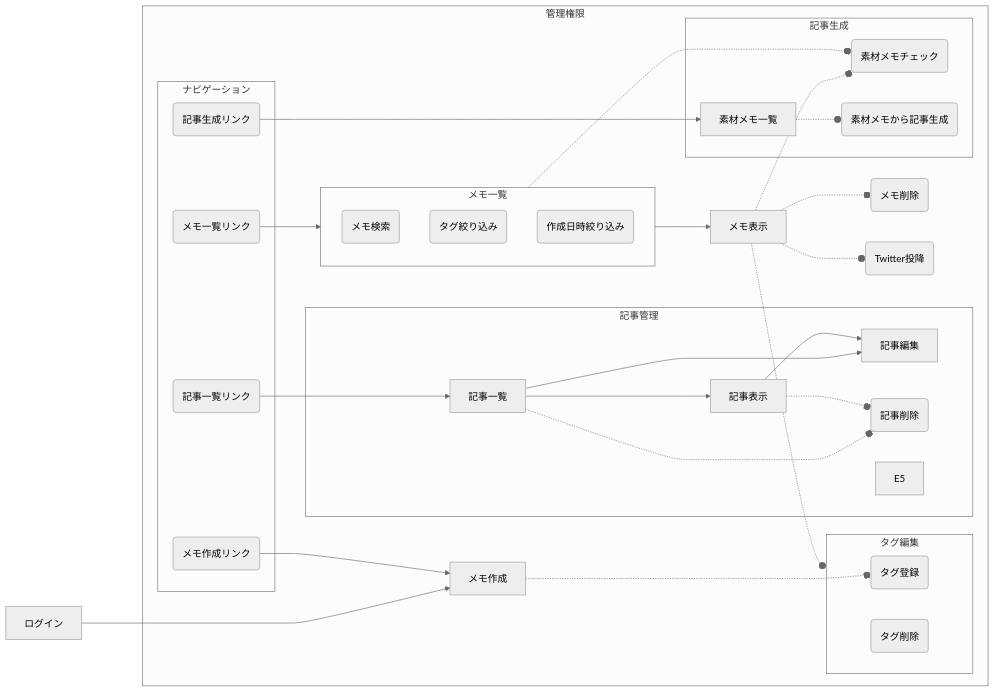
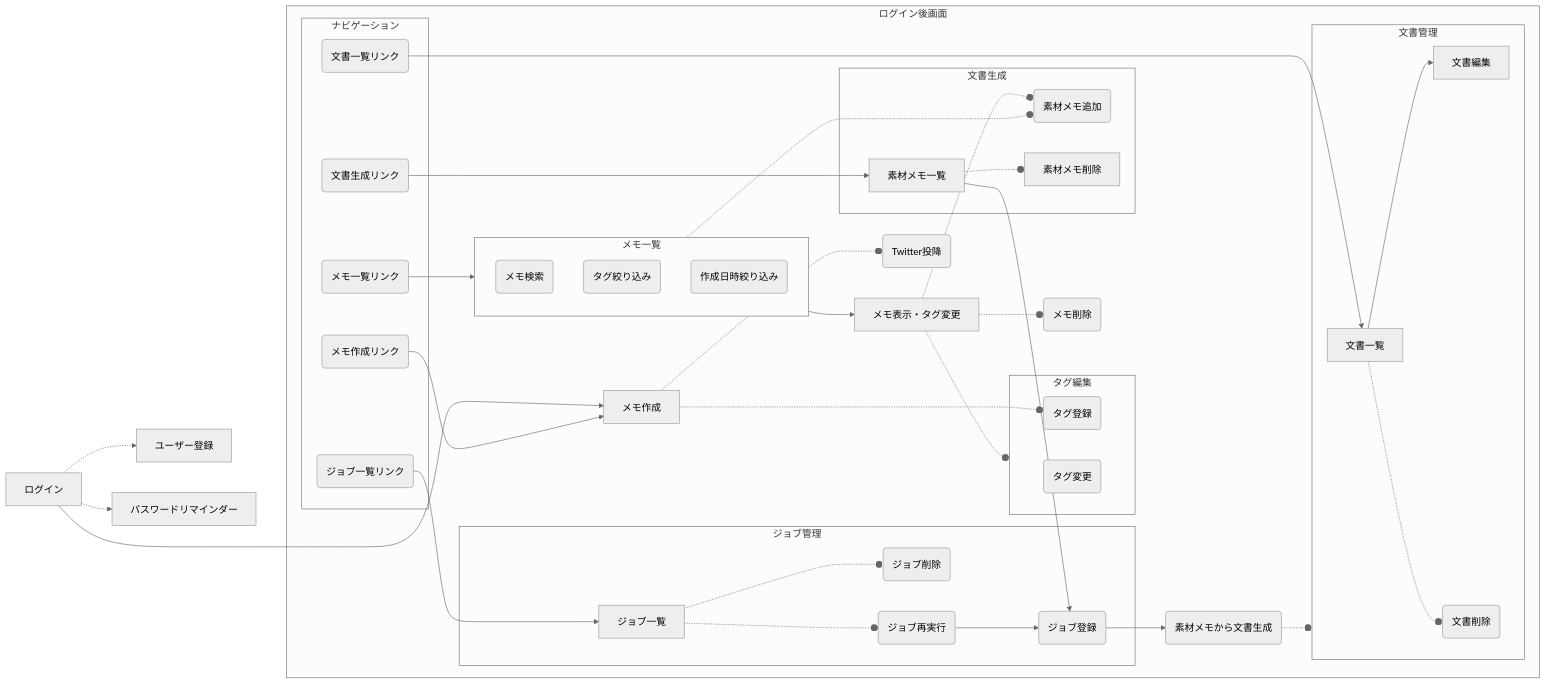
The diagram in doc/outline.md (joyrswd/memodoc), drawn with Mermaid (neutral theme) before and after one commit. The commit also changed other lines of this file and 19 other files, not shown here.

````diff
--- a/doc/outline.md
+++ b/doc/outline.md
@@ -42,27 +55,34 @@
 
     A[ログイン]
     B1[メモ作成]
-    B2[メモ表示]
+    B2[メモ表示・タグ変更]
     B3(メモ削除)
     B4(Twitter投降)
     C1(タグ登録)
-    C2(タグ削除)
+    C2(タグ変更)
     D1(メモ検索)
     D2(タグ絞り込み)
     D3(作成日時絞り込み)
-    E1[記事一覧]
-    E2[記事表示]
-    E3[記事編集]
-    E4(記事削除)
-    F1(素材メモチェック)
+    E1[文書一覧]
+    E3[文書編集]
+    E4(文書削除)
+    F1(素材メモ追加)
     F2[素材メモ一覧]
-    F3(素材メモから記事生成)
+    F3[素材メモ削除]
+    G1[ジョブ一覧]
+    G2(ジョブ削除)
+    G3(ジョブ再実行)
+    G4(ジョブ登録)
+    H(素材メモから文書生成)
+    I[ユーザー登録]
+    J[パスワードリマインダー]
 
     subgraph Navi[ナビゲーション]
         Navi1(メモ作成リンク)
         Navi2(メモ一覧リンク)
-        Navi3(記事生成リンク)
-        Navi4(記事一覧リンク)
+        Navi3(文書生成リンク)
+        Navi5(ジョブ一覧リンク)
+        Navi4(文書一覧リンク)
     end
     subgraph C[タグ編集]
         C1
@@ -73,19 +93,23 @@
         D2
         D3
     end
-    subgraph E[記事管理]
+    subgraph E[文書管理]
         E1
-        E2
         E3
         E4
-        E5
     end
-    subgraph F[記事生成]
+    subgraph F[文書生成]
         F1
         F2
         F3
     end
-    subgraph 管理権限
+    subgraph G[ジョブ管理]
+        G1
+        G2
+        G3
+        G4
+    end
+    subgraph ログイン後画面
         Navi
         B1
         B2
@@ -95,24 +119,32 @@
         D
         E
         F
+        G
+        H
     end
 
     A ----> B1
     B1 .-o C1
     B2 .-o B3
-    B2 .-o B4
+    B1 .-o B4
     B2 .-o C
     B2 .-o F1
     D --> B2
     D .-o F1
     E1 --> E3
-    E1 --> E2
-    E2 --> E3
     E1 .-o E4
-    E2 .-o E4
     F2 .-o F3
+    F2 --> G4
+    G1 .-o G2
+    G1 .-o G3
+    G3 --> G4
+    G4 --> H
+    H .-o E
+    A .-> I
+    A .-> J
     Navi1 --> B1
     Navi2 --> D
     Navi3 --> F2
     Navi4 --> E1
+    Navi5 --> G1
 ```
````
